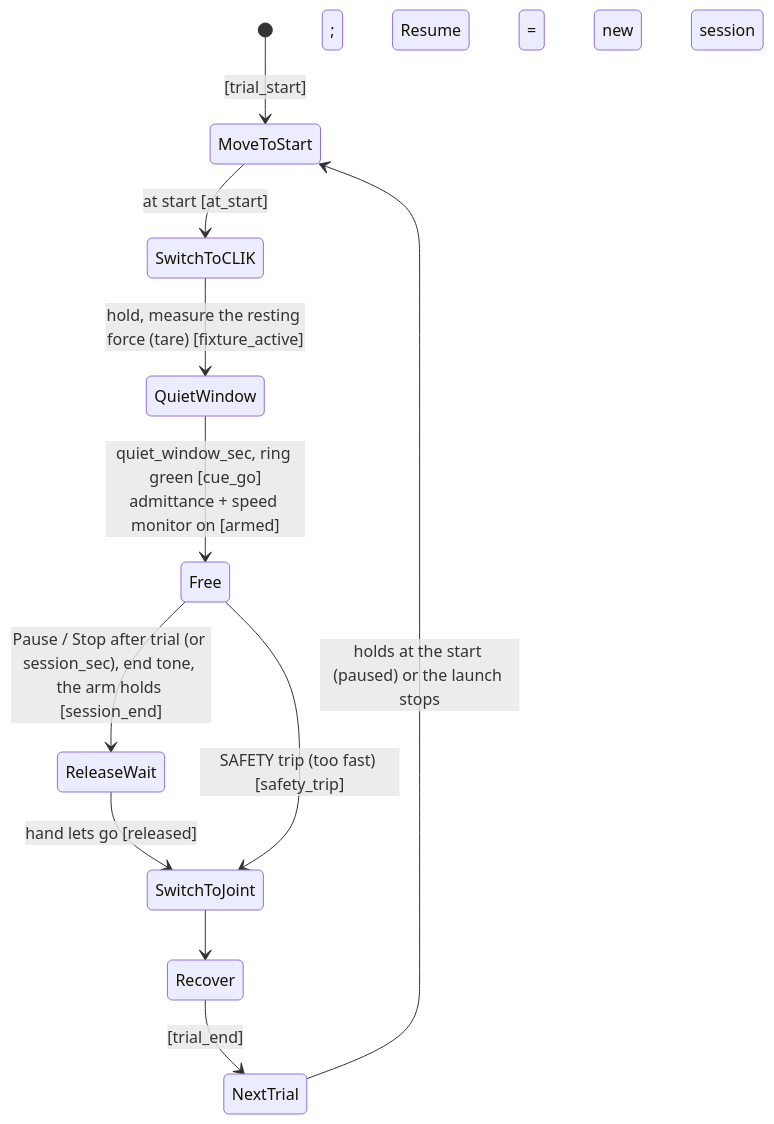
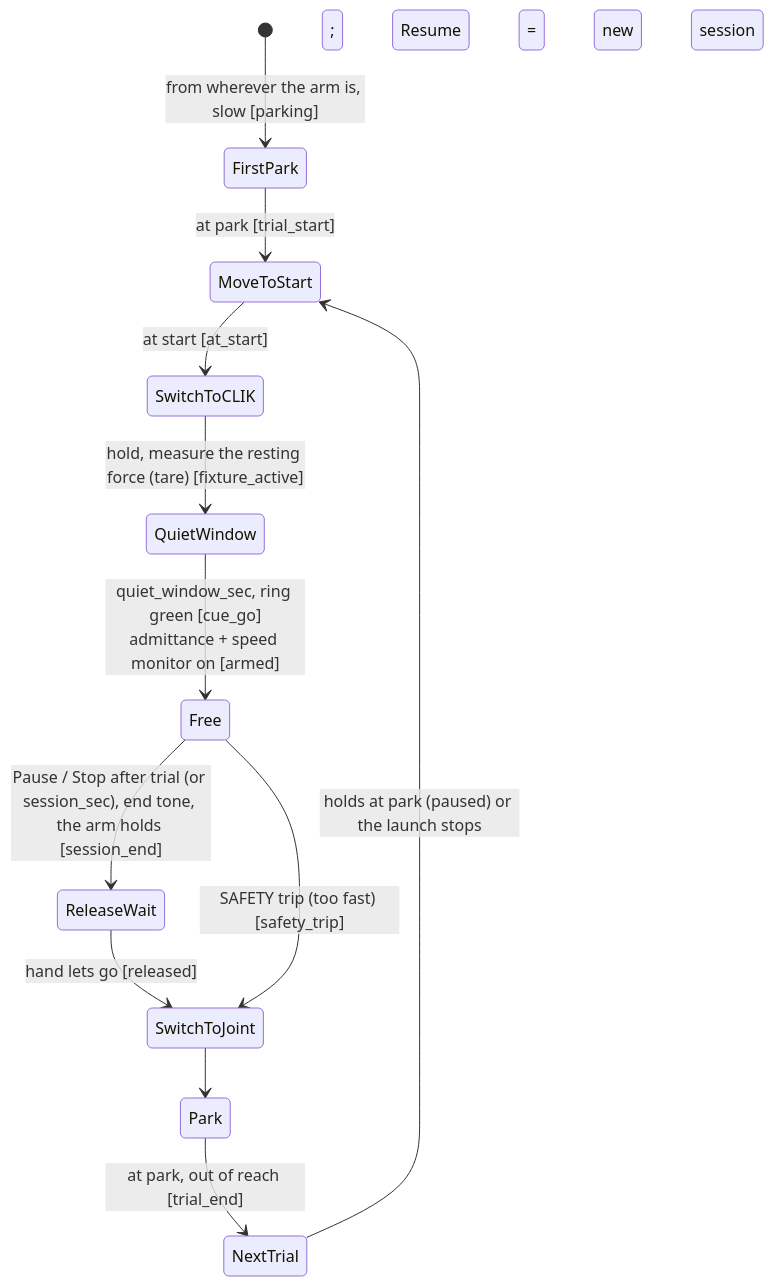
The tenth of 10 diagrams in README.md (sinthlab/sinthlab-kuka-stack), drawn with Mermaid before and after one commit. The commit also changed other lines of this file and 25 other files, not shown here.

Commit message:
move to park position between trials

````diff
--- a/README.md
+++ b/README.md
@@ -1690,13 +1742,14 @@
 ```mermaid
 stateDiagram-v2
-    [*] --> MoveToStart : [trial_start]
+    [*] --> FirstPark : from wherever the arm is, slow [parking]
+    FirstPark --> MoveToStart : at park [trial_start]
     MoveToStart --> SwitchToCLIK : at start [at_start]
     SwitchToCLIK --> QuietWindow : hold, measure the resting force (tare) [fixture_active]
     QuietWindow --> Free : quiet_window_sec, ring green [cue_go]<br/>admittance + speed monitor on [armed]
     Free --> ReleaseWait : Pause / Stop after trial (or session_sec), end tone, the arm holds [session_end]
     ReleaseWait --> SwitchToJoint : hand lets go [released]
     Free --> SwitchToJoint : SAFETY trip (too fast) [safety_trip]
-    SwitchToJoint --> Recover
-    Recover --> NextTrial : [trial_end]
-    NextTrial --> MoveToStart : holds at the start (paused) or the launch stops; Resume = new session
+    SwitchToJoint --> Park
+    Park --> NextTrial : at park, out of reach [trial_end]
+    NextTrial --> MoveToStart : holds at park (paused) or the launch stops; Resume = new session
 ```
````
